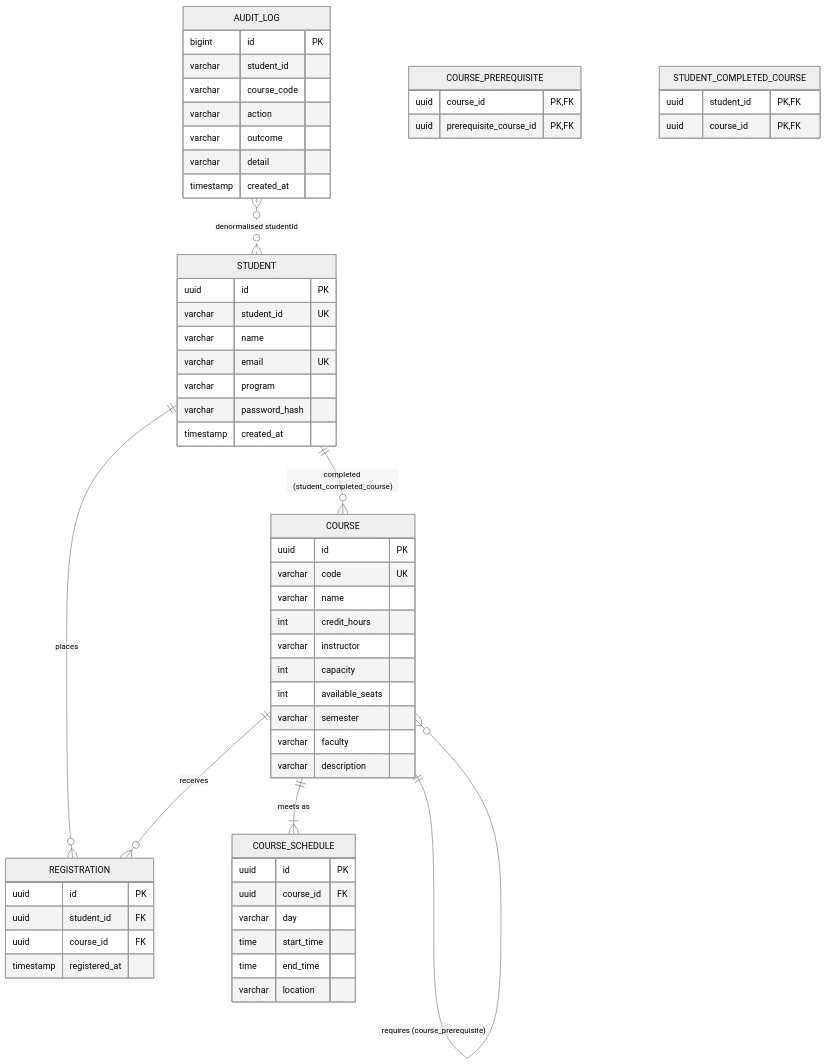
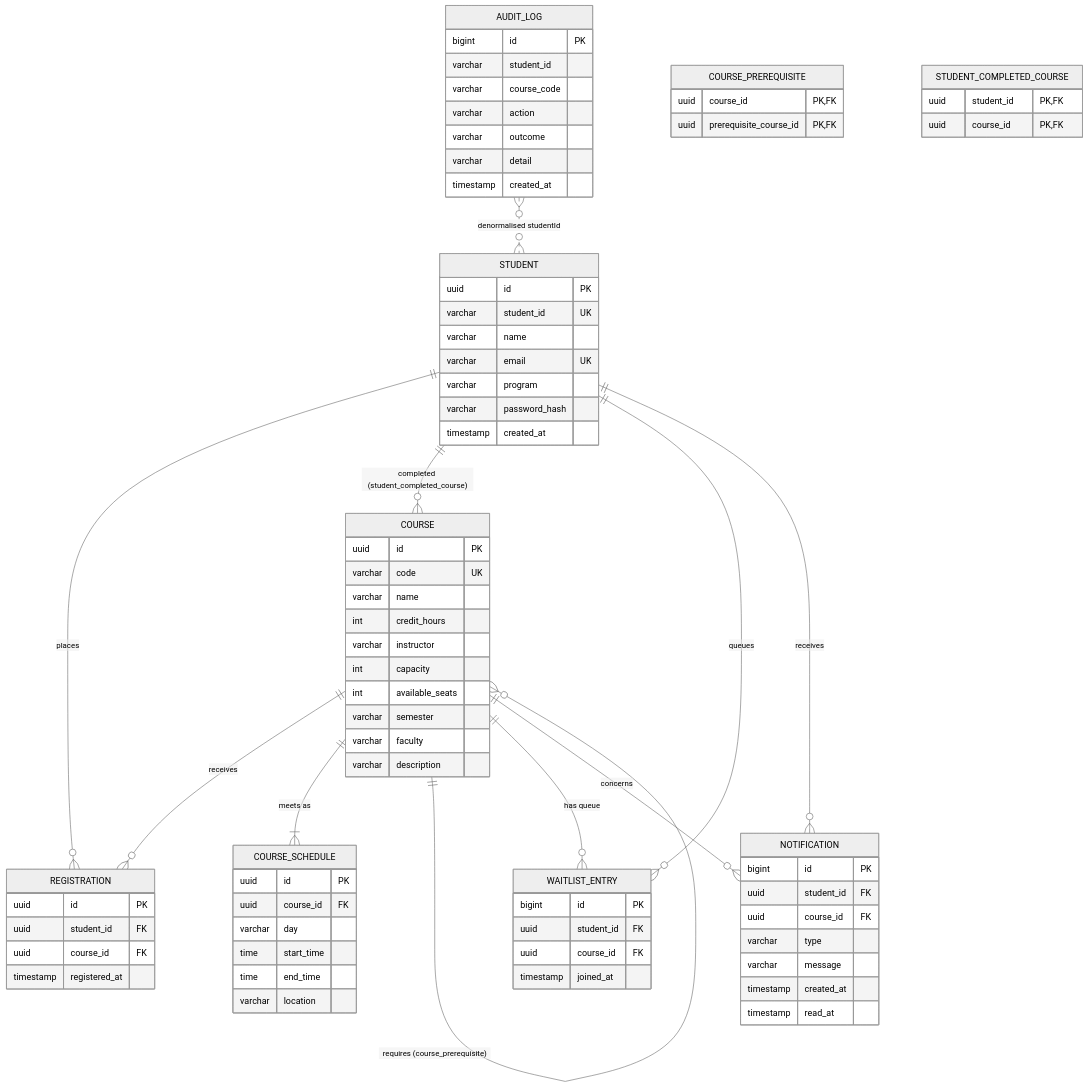
The third of 3 diagrams in docs/specs/00-overview.md (kb-ong/monash-course-registration-system), drawn with Mermaid (neutral theme) before and after one commit. The commit also changed other lines of this file and 69 other files, not shown here.

````diff
--- a/docs/specs/00-overview.md
+++ b/docs/specs/00-overview.md
@@ -184,61 +198,80 @@
 ```mermaid
 erDiagram
     STUDENT ||--o{ REGISTRATION : places
     COURSE ||--o{ REGISTRATION : receives
     COURSE ||--|{ COURSE_SCHEDULE : "meets as"
     COURSE ||--o{ COURSE : "requires (course_prerequisite)"
     STUDENT ||--o{ COURSE : "completed (student_completed_course)"
+    STUDENT ||--o{ WAITLIST_ENTRY : "queues"
+    COURSE ||--o{ WAITLIST_ENTRY : "has queue"
+    STUDENT ||--o{ NOTIFICATION : "receives"
+    COURSE ||--o{ NOTIFICATION : "concerns"
     AUDIT_LOG }o..o{ STUDENT : "denormalised studentId"
     STUDENT {
         uuid id PK
         varchar student_id UK
         varchar name
         varchar email UK
         varchar program
         varchar password_hash
         timestamp created_at
     }
     COURSE {
         uuid id PK
         varchar code UK
         varchar name
         int credit_hours
         varchar instructor
         int capacity
         int available_seats
         varchar semester
         varchar faculty
         varchar description
     }
     COURSE_SCHEDULE {
         uuid id PK
         uuid course_id FK
         varchar day
         time start_time
         time end_time
         varchar location
     }
     REGISTRATION {
         uuid id PK
         uuid student_id FK
         uuid course_id FK
         timestamp registered_at
     }
     COURSE_PREREQUISITE {
         uuid course_id PK,FK
         uuid prerequisite_course_id PK,FK
     }
     STUDENT_COMPLETED_COURSE {
         uuid student_id PK,FK
         uuid course_id PK,FK
     }
+    WAITLIST_ENTRY {
+        bigint id PK
+        uuid student_id FK
+        uuid course_id FK
+        timestamp joined_at
+    }
+    NOTIFICATION {
+        bigint id PK
+        uuid student_id FK
+        uuid course_id FK
+        varchar type
+        varchar message
+        timestamp created_at
+        timestamp read_at
+    }
     AUDIT_LOG {
         bigint id PK
         varchar student_id
         varchar course_code
         varchar action
         varchar outcome
         varchar detail
         timestamp created_at
     }
 ```
````
